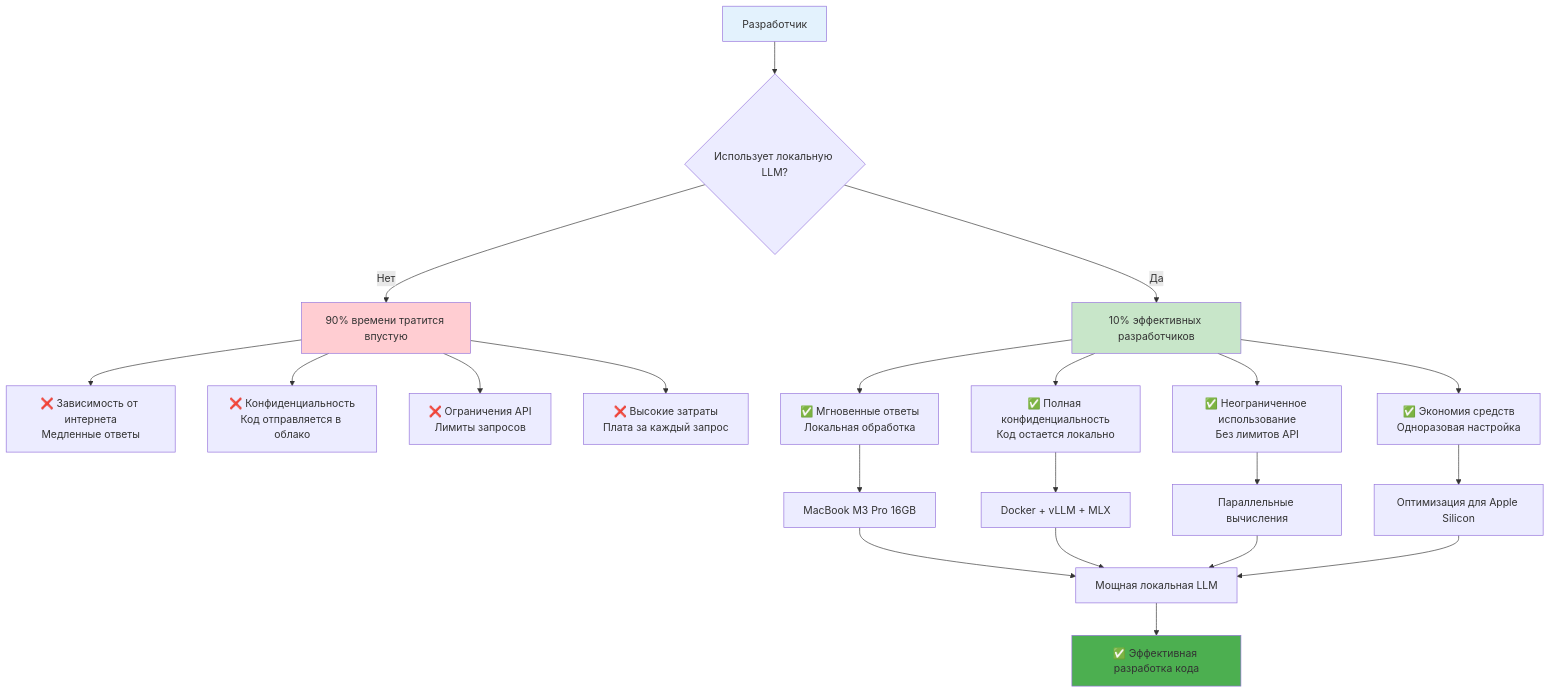
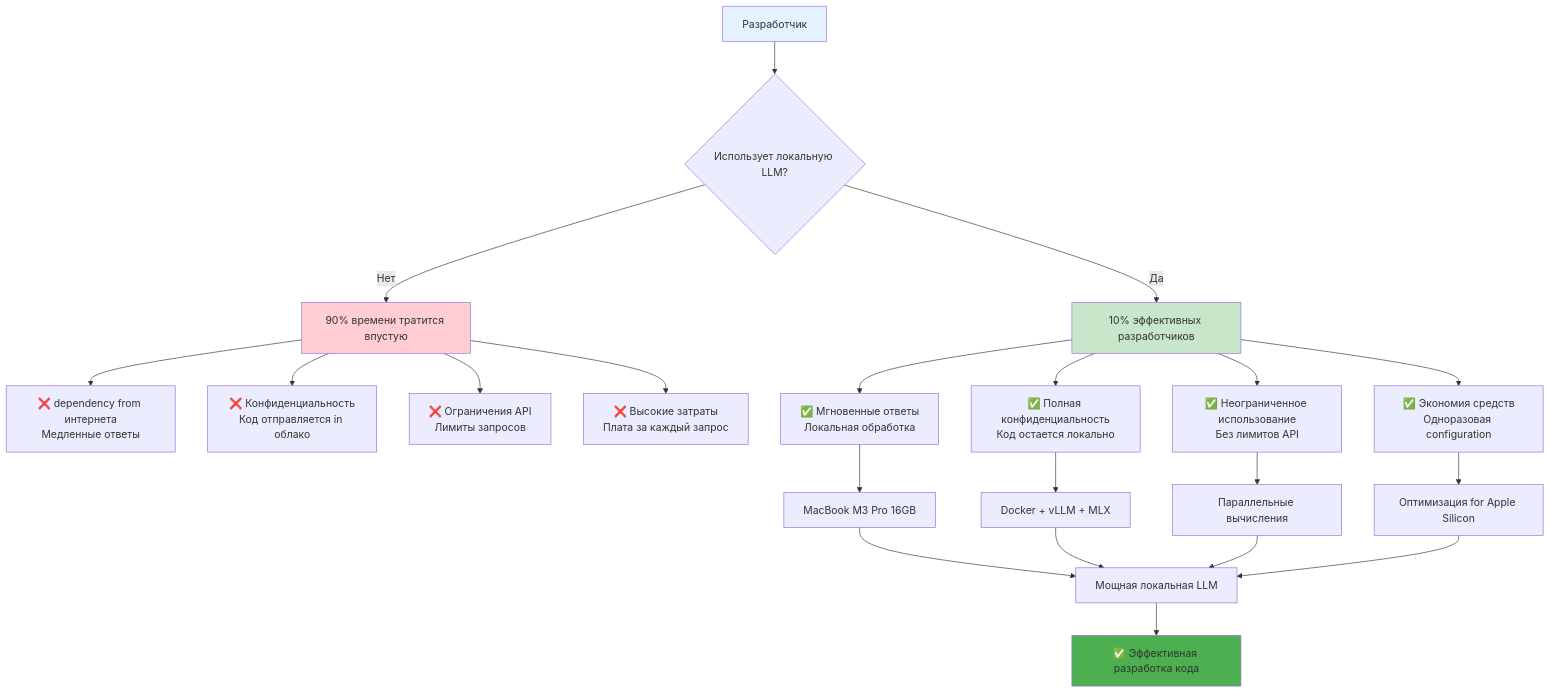
One commit to NeoZorK/neozork-hld-prediction changed the first of 5 diagrams in docs/automl/gluon/33_llm_parallel_computing_setup.md. Above: the diagram before and after it, drawn with Mermaid. The commit also changed other lines of this file and 19 other files, not shown here.

````diff
--- a/docs/automl/gluon/33_llm_parallel_computing_setup.md
+++ b/docs/automl/gluon/33_llm_parallel_computing_setup.md
@@ -10,33 +10,33 @@
 ```mermaid
 graph TD
-    A[Разработчик] --> B{Использует локальную LLM?}
-    
-    B -->|Нет| C[90% времени тратится впустую]
-    C --> D[❌ Зависимость от интернета<br/>Медленные ответы]
-    C --> E[❌ Конфиденциальность<br/>Код отправляется в облако]
-    C --> F[❌ Ограничения API<br/>Лимиты запросов]
-    C --> G[❌ Высокие затраты<br/>Плата за каждый запрос]
-    
-    B -->|Да| H[10% эффективных разработчиков]
-    H --> I[✅ Мгновенные ответы<br/>Локальная обработка]
-    H --> J[✅ Полная конфиденциальность<br/>Код остается локально]
-    H --> K[✅ Неограниченное использование<br/>Без лимитов API]
-    H --> L[✅ Экономия средств<br/>Одноразовая настройка]
-    
-    I --> M[MacBook M3 Pro 16GB]
-    J --> N[Docker + vLLM + MLX]
-    K --> O[Параллельные вычисления]
-    L --> P[Оптимизация для Apple Silicon]
-    
-    M --> Q[Мощная локальная LLM]
-    N --> Q
-    O --> Q
-    P --> Q
-    
-    Q --> R[✅ Эффективная разработка кода]
-    
-    style A fill:#e3f2fd
-    style H fill:#c8e6c9
-    style C fill:#ffcdd2
-    style R fill:#4caf50
+ A[Разработчик] --> B{Использует локальную LLM?}
+
+ B -->|Нет| C[90% времени тратится впустую]
+ C --> D[❌ dependency from интернета<br/>Медленные ответы]
+ C --> E[❌ Конфиденциальность<br/>Код отправляется in облако]
+ C --> F[❌ Ограничения API<br/>Лимиты запросов]
+ C --> G[❌ Высокие затраты<br/>Плата за каждый запрос]
+
+ B -->|Да| H[10% эффективных разработчиков]
+ H --> I[✅ Мгновенные ответы<br/>Локальная обработка]
+ H --> J[✅ Полная конфиденциальность<br/>Код остается локально]
+ H --> K[✅ Неограниченное использование<br/>Без лимитов API]
+ H --> L[✅ Экономия средств<br/>Одноразовая configuration]
+
+ I --> M[MacBook M3 Pro 16GB]
+ J --> N[Docker + vLLM + MLX]
+ K --> O[Параллельные вычисления]
+ L --> P[Оптимизация for Apple Silicon]
+
+ M --> Q[Мощная локальная LLM]
+ N --> Q
+ O --> Q
+ P --> Q
+
+ Q --> R[✅ Эффективная разработка кода]
+
+ style A fill:#e3f2fd
+ style H fill:#c8e6c9
+ style C fill:#ffcdd2
+ style R fill:#4caf50
 ```
````
